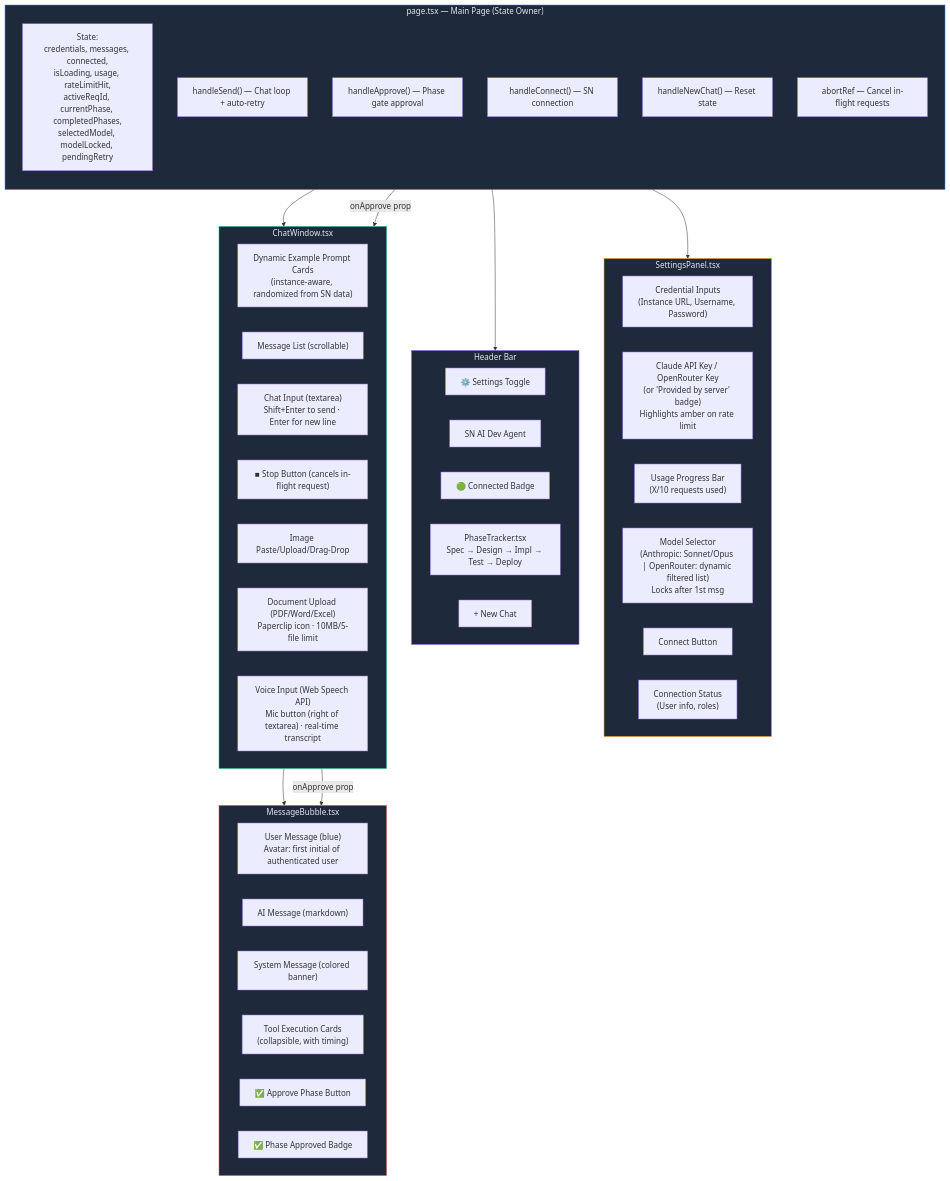
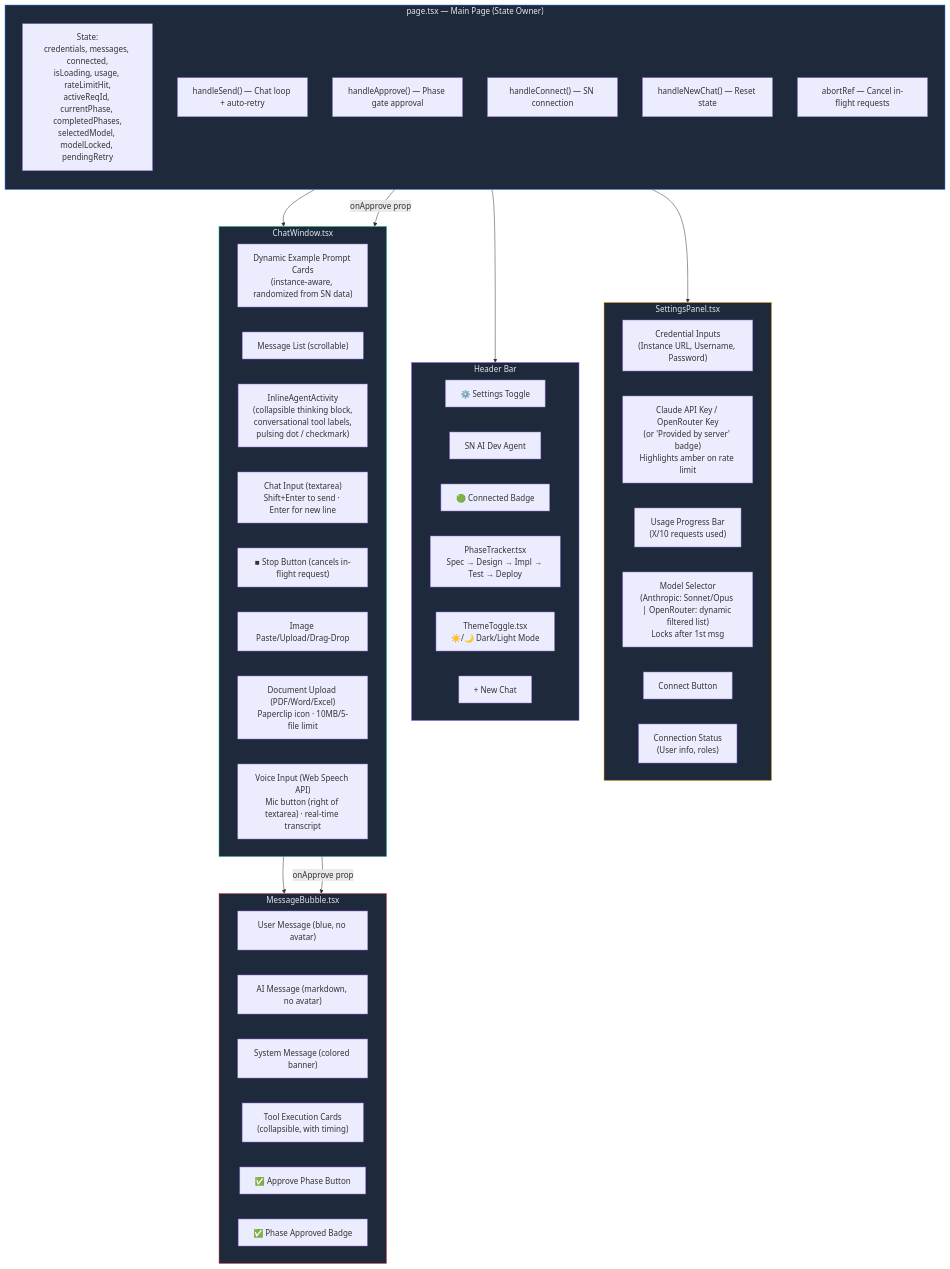
One commit to rtnsht/SN-AI-Dev-Agent changed the second of 13 diagrams in docs/architecture.md. Above: the diagram before and after it, drawn with Mermaid. The commit also changed other lines of this file and 1 other file, not shown here.

First line of the commit message:
docs: update architecture.md (v2.4) and CLAUDE.md with recent UI changes

````diff
--- a/docs/architecture.md
+++ b/docs/architecture.md
@@ -73,61 +73,63 @@
 ```mermaid
 graph TB
     subgraph PAGE["page.tsx — Main Page (State Owner)"]
         direction TB
         STATE["State:<br/>credentials, messages, connected,<br/>isLoading, usage, rateLimitHit,<br/>activeReqId, currentPhase, completedPhases,<br/>selectedModel, modelLocked, pendingRetry"]
         SEND["handleSend() — Chat loop + auto-retry"]
         APPROVE["handleApprove() — Phase gate approval"]
         CONNECT["handleConnect() — SN connection"]
         NEWCHAT["handleNewChat() — Reset state"]
         ABORT["abortRef — Cancel in-flight requests"]
     end
 
     subgraph SIDEBAR["SettingsPanel.tsx"]
         CREDS["Credential Inputs<br/>(Instance URL, Username, Password)"]
         APIKEY["Claude API Key / OpenRouter Key<br/>(or 'Provided by server' badge)<br/>Highlights amber on rate limit"]
         USAGE["Usage Progress Bar<br/>(X/10 requests used)"]
         MODEL["Model Selector<br/>(Anthropic: Sonnet/Opus | OpenRouter: dynamic filtered list)<br/>Locks after 1st msg"]
         CONN_BTN["Connect Button"]
         CONN_STATUS["Connection Status<br/>(User info, roles)"]
     end
 
     subgraph HEADER["Header Bar"]
         TOGGLE["⚙️ Settings Toggle"]
         TITLE["SN AI Dev Agent"]
         CONN_BADGE["🟢 Connected Badge"]
         TRACKER["PhaseTracker.tsx<br/>Spec → Design → Impl → Test → Deploy"]
+        THEME["ThemeToggle.tsx<br/>☀️/🌙 Dark/Light Mode"]
         NEW_BTN["+ New Chat"]
     end
 
     subgraph CHAT["ChatWindow.tsx"]
         EXAMPLES["Dynamic Example Prompt Cards<br/>(instance-aware, randomized from SN data)"]
         MSGLIST["Message List (scrollable)"]
+        ACTIVITY["InlineAgentActivity<br/>(collapsible thinking block,<br/>conversational tool labels,<br/>pulsing dot / checkmark)"]
         INPUT["Chat Input (textarea)<br/>Shift+Enter to send · Enter for new line"]
         CANCEL["■ Stop Button (cancels in-flight request)"]
         IMAGES["Image Paste/Upload/Drag-Drop"]
         DOCS["Document Upload (PDF/Word/Excel)<br/>Paperclip icon · 10MB/5-file limit"]
         MIC["Voice Input (Web Speech API)<br/>Mic button (right of textarea) · real-time transcript"]
     end
 
     subgraph MSG["MessageBubble.tsx"]
-        USER_MSG["User Message (blue)<br/>Avatar: first initial of authenticated user"]
-        AI_MSG["AI Message (markdown)"]
+        USER_MSG["User Message (blue, no avatar)"]
+        AI_MSG["AI Message (markdown, no avatar)"]
         SYS_MSG["System Message (colored banner)"]
         TOOL_CARD["Tool Execution Cards<br/>(collapsible, with timing)"]
         GATE_BTN["✅ Approve Phase Button"]
         APPROVED["✅ Phase Approved Badge"]
     end
 
     PAGE --> SIDEBAR
     PAGE --> HEADER
     PAGE --> CHAT
     CHAT --> MSG
     APPROVE -- "onApprove prop" --> CHAT
     CHAT -- "onApprove prop" --> MSG
 
     style PAGE fill:#1e293b,stroke:#3b82f6,color:#e2e8f0
     style SIDEBAR fill:#1e293b,stroke:#f59e0b,color:#e2e8f0
     style HEADER fill:#1e293b,stroke:#8b5cf6,color:#e2e8f0
     style CHAT fill:#1e293b,stroke:#10b981,color:#e2e8f0
     style MSG fill:#1e293b,stroke:#ef4444,color:#e2e8f0
 ```
````
